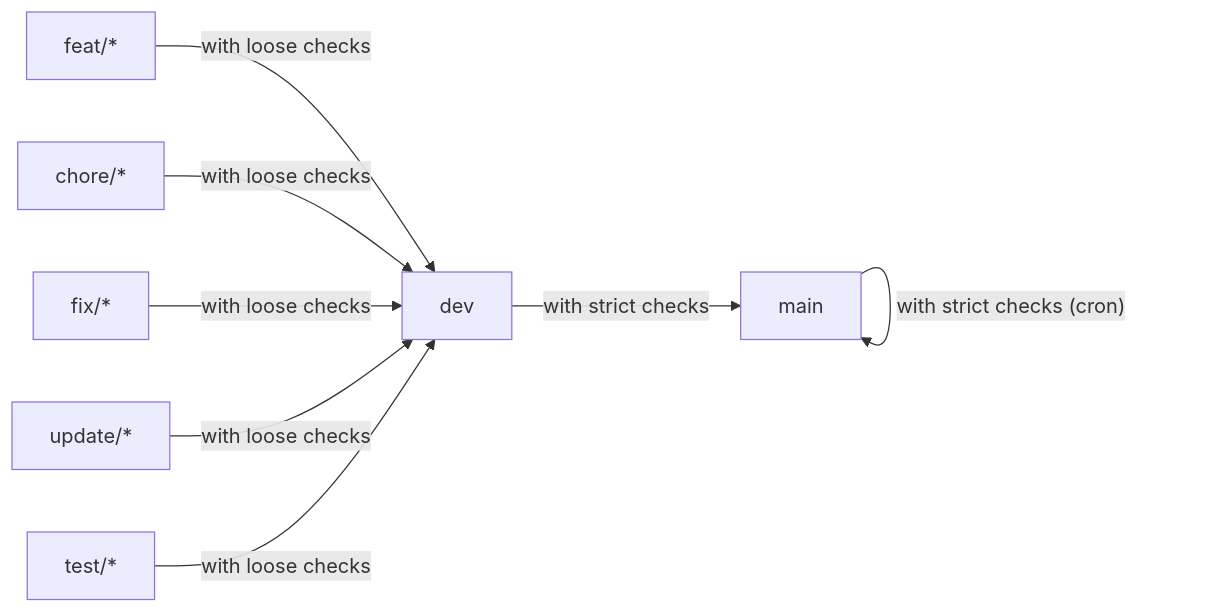
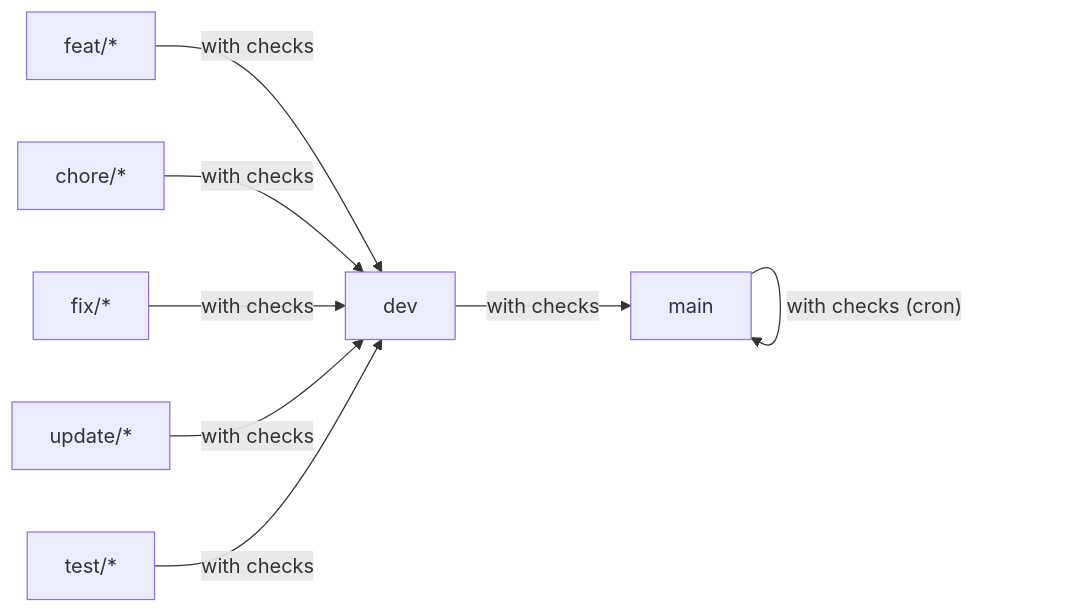
One commit to Myxogastria0808/debt-manager changed the third of 3 diagrams in README.md. Above: the diagram before and after it, drawn with Mermaid. The commit also changed other lines of this file and 2 other files, not shown here.

````diff
--- a/README.md
+++ b/README.md
@@ -225,10 +225,10 @@
 ```mermaid
 flowchart LR
-    feature["feat/*"] --with loose checks--> dev["dev"]
-    chore["chore/*"] --with loose checks--> dev["dev"]
-    fix["fix/*"] --with loose checks--> dev["dev"]
-    update["update/*"] --with loose checks--> dev["dev"]
-    dev["dev"] --with strict checks--> main["main"]
-    test["test/*"] --with loose checks--> dev["dev"]
-    main["main"] --with strict checks (cron)--> main["main"]
+    feature["feat/*"] --with checks--> dev["dev"]
+    chore["chore/*"] --with checks--> dev["dev"]
+    fix["fix/*"] --with checks--> dev["dev"]
+    update["update/*"] --with checks--> dev["dev"]
+    dev["dev"] --with checks--> main["main"]
+    test["test/*"] --with checks--> dev["dev"]
+    main["main"] --with checks (cron)--> main["main"]
 ```
````
